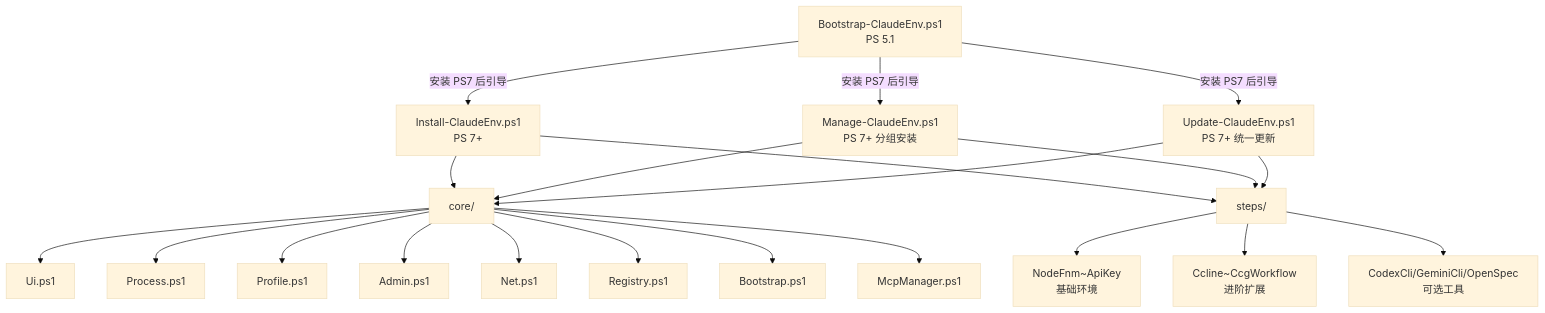
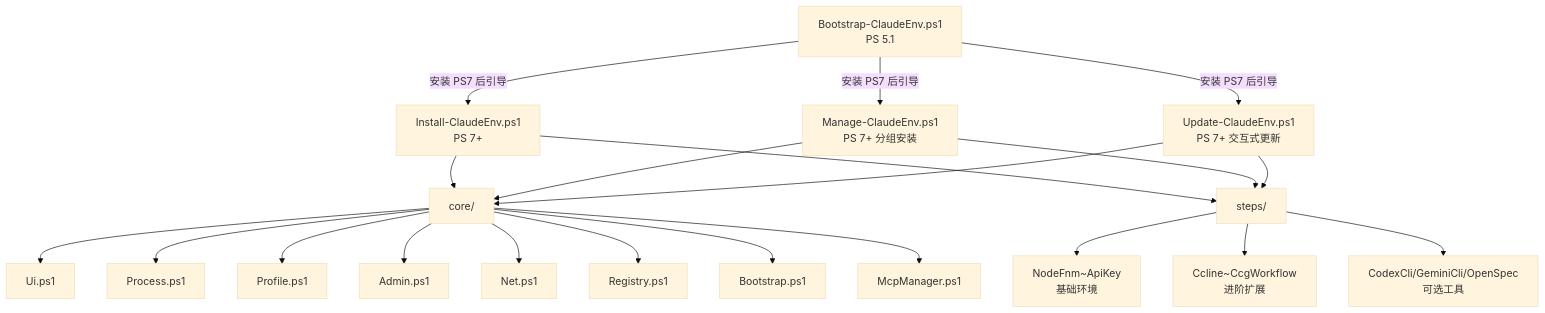
The diagram in CLAUDE.md (hkxiaoyao/claude-code-quickstart), drawn with Mermaid (base theme) before and after one commit. The commit also changed other lines of this file and 2 other files, not shown here.

````diff
--- a/CLAUDE.md
+++ b/CLAUDE.md
@@ -26,17 +26,17 @@
 ```mermaid
 graph TD
     A[Bootstrap-ClaudeEnv.ps1<br/>PS 5.1] -->|安装 PS7 后引导| B[Install-ClaudeEnv.ps1<br/>PS 7+]
     A -->|安装 PS7 后引导| M[Manage-ClaudeEnv.ps1<br/>PS 7+ 分组安装]
-    A -->|安装 PS7 后引导| U[Update-ClaudeEnv.ps1<br/>PS 7+ 统一更新]
+    A -->|安装 PS7 后引导| U[Update-ClaudeEnv.ps1<br/>PS 7+ 交互式更新]
     B --> C[core/]
     B --> D[steps/]
     M --> C
     M --> D
     U --> C
     U --> D
     C --> C1[Ui.ps1] & C2[Process.ps1] & C3[Profile.ps1]
     C --> C4[Admin.ps1] & C5[Net.ps1] & C6[Registry.ps1] & C7[Bootstrap.ps1] & C8[McpManager.ps1]
     D --> D1[NodeFnm~ApiKey<br/>基础环境]
     D --> D2[Ccline~CcgWorkflow<br/>进阶扩展]
     D --> D3[CodexCli/GeminiCli/OpenSpec<br/>可选工具]
 ```
````
